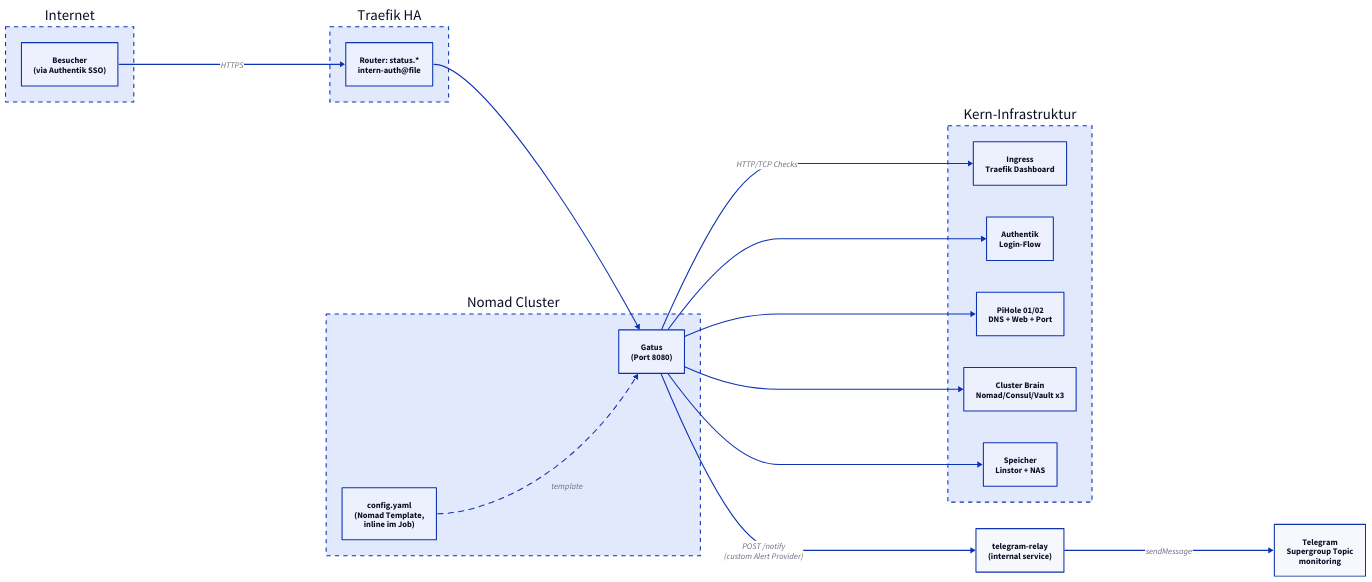
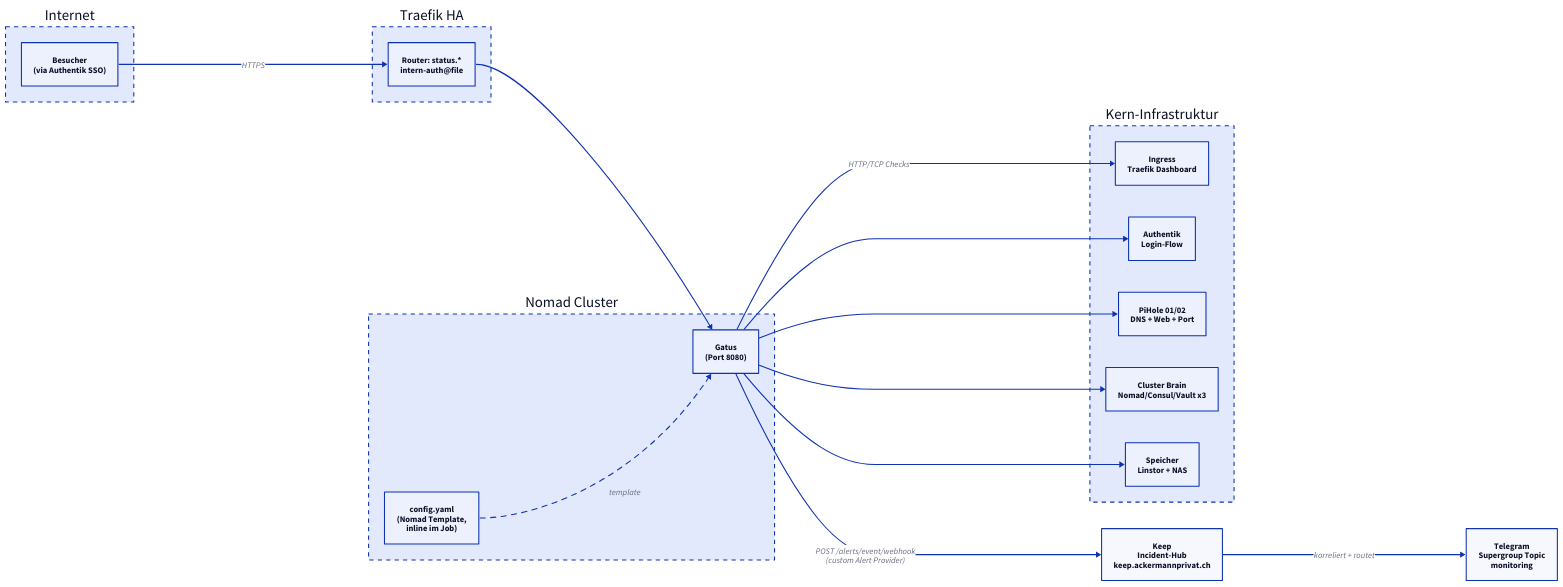
One commit to derever-labs/homelab-wiki changed the diagram in docs/gatus/index.md. Above: the diagram before and after it, drawn with D2. The commit also changed other lines of this file and 109 other files, not shown here.

````diff
--- a/docs/gatus/index.md
+++ b/docs/gatus/index.md
@@ -39,43 +37,43 @@
 ```d2
 direction: right
 
 Internet: {
   style.stroke-dash: 4
   User: "Besucher\n(via Authentik SSO)"
 }
 
 Traefik: Traefik HA {
   style.stroke-dash: 4
   Router: "Router: status.*\nintern-auth@file"
 }
 
 Nomad: Nomad Cluster {
   style.stroke-dash: 4
   Gatus: "Gatus\n(Port 8080)"
   Config: "config.yaml\n(Nomad Template,\ninline im Job)"
 }
 
 Core: Kern-Infrastruktur {
   style.stroke-dash: 4
   Ingress: "Ingress\nTraefik Dashboard"
   SSO: "Authentik\nLogin-Flow"
   DNS: "PiHole 01/02\nDNS + Web + Port"
   Cluster: "Cluster Brain\nNomad/Consul/Vault x3"
   Storage: "Speicher\nLinstor + NAS"
 }
 
-Relay: "telegram-relay\n(internal service)"
+Keep: "Keep\nIncident-Hub\nkeep.ackermannprivat.ch"
 
 Telegram: "Telegram\nSupergroup Topic\nmonitoring"
 
 Internet.User -> Traefik.Router: HTTPS
 Traefik.Router -> Nomad.Gatus
 Nomad.Config -> Nomad.Gatus: template { style.stroke-dash: 5 }
 Nomad.Gatus -> Core.Ingress: HTTP/TCP Checks
 Nomad.Gatus -> Core.SSO
 Nomad.Gatus -> Core.DNS
 Nomad.Gatus -> Core.Cluster
 Nomad.Gatus -> Core.Storage
-Nomad.Gatus -> Relay: "POST /notify\n(custom Alert Provider)"
-Relay -> Telegram: sendMessage
+Nomad.Gatus -> Keep: "POST /alerts/event/webhook\n(custom Alert Provider)"
+Keep -> Telegram: korreliert + routet
 ```
````
